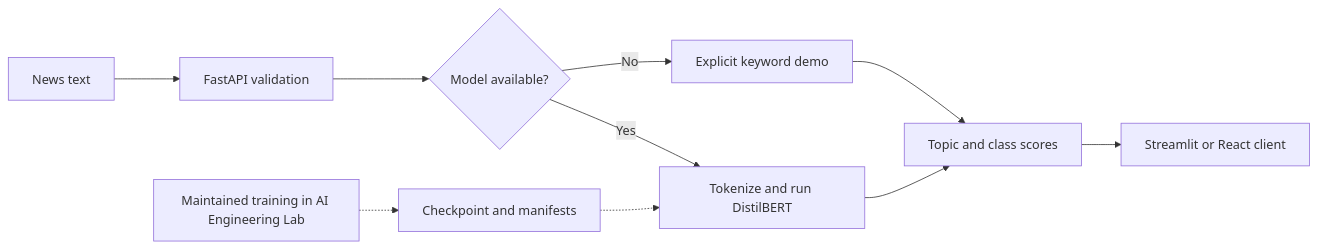
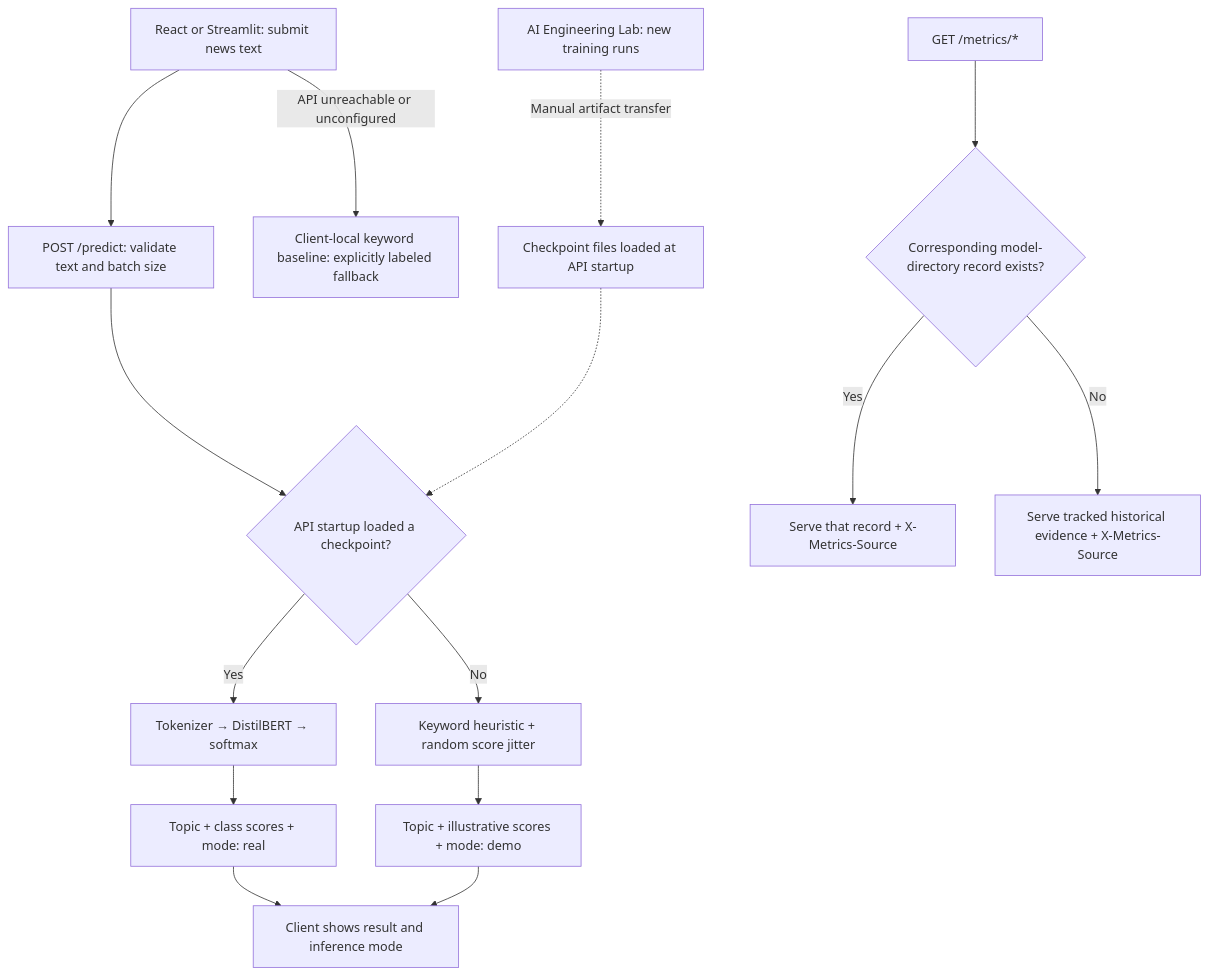
Before and after one commit to Zinga18018/NewsSnap: the diagram in README.md, drawn with Mermaid. The commit also changed other lines of this file and 1 other file, not shown here.

Commit message:
Clarify project evidence and improve portfolio presentation

````diff
--- a/README.md
+++ b/README.md
@@ -52,12 +68,17 @@
 ```mermaid
-flowchart LR
-    A["News text"] --> B["FastAPI validation"]
-    B --> C{"Model available?"}
-    C -->|Yes| D["Tokenize and run DistilBERT"]
-    C -->|No| E["Explicit keyword demo"]
-    D --> F["Topic and class scores"]
-    E --> F
-    F --> G["Streamlit or React client"]
-    H["Maintained training in AI Engineering Lab"] -.-> I["Checkpoint and manifests"]
-    I -.-> D
+flowchart TD
+    A["React or Streamlit: submit news text"] --> B["POST /predict: validate text and batch size"]
+    B --> C{"API startup loaded a checkpoint?"}
+    C -->|Yes| D["Tokenizer → DistilBERT → softmax"]
+    C -->|No| E["Keyword heuristic + random score jitter"]
+    D --> F["Topic + class scores + mode: real"]
+    E --> G["Topic + illustrative scores + mode: demo"]
+    F --> H["Client shows result and inference mode"]
+    G --> H
+    A -->|API unreachable or unconfigured| I["Client-local keyword baseline: explicitly labeled fallback"]
+    J["AI Engineering Lab: new training runs"] -.->|Manual artifact transfer| K["Checkpoint files loaded at API startup"]
+    K -.-> C
+    L["GET /metrics/*"] --> M{"Corresponding model-directory record exists?"}
+    M -->|Yes| N["Serve that record + X-Metrics-Source"]
+    M -->|No| O["Serve tracked historical evidence + X-Metrics-Source"]
 ```
````
